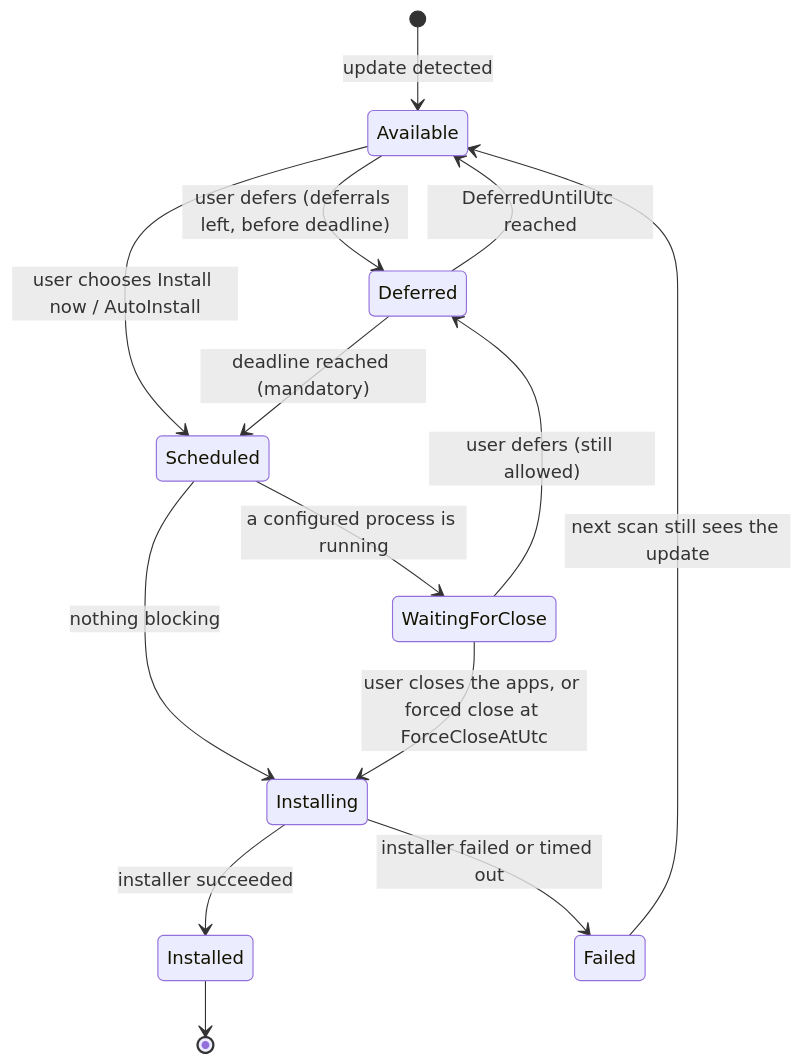
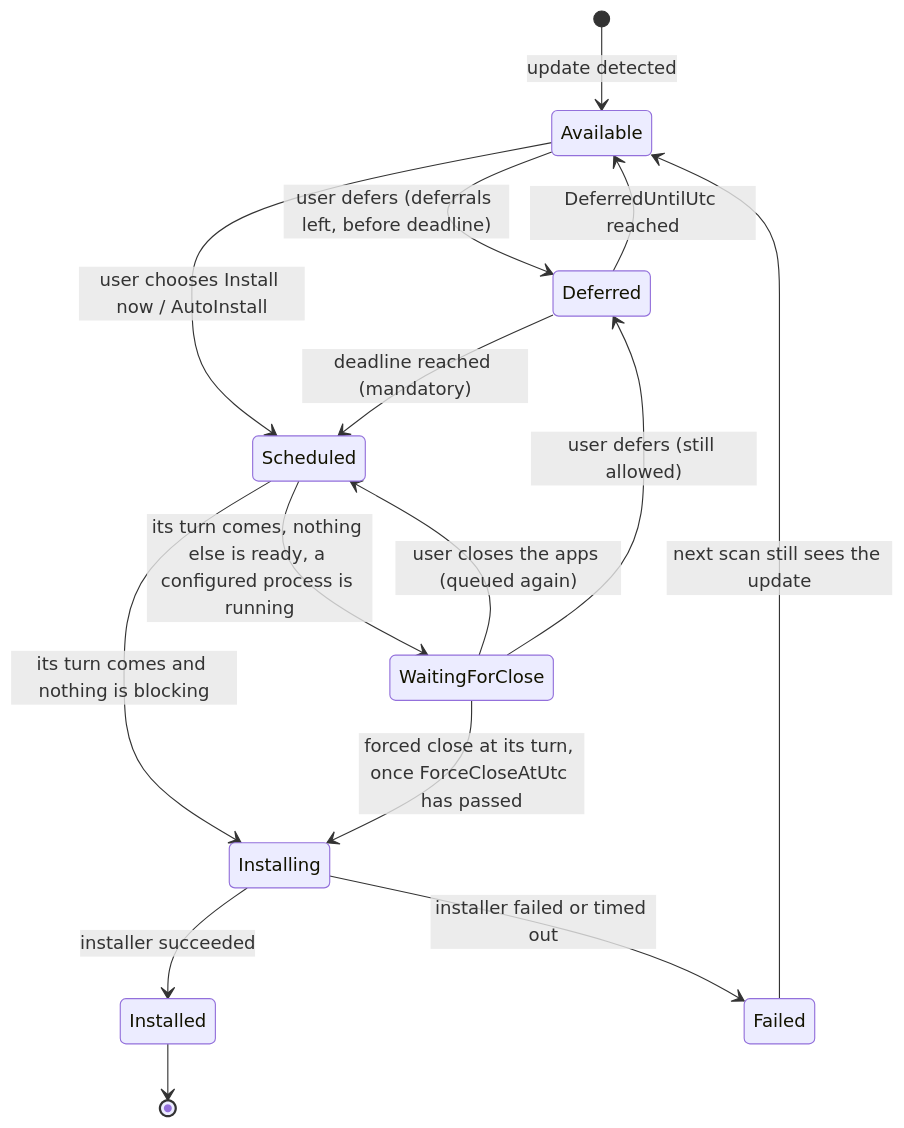
One commit to woodyard/AppMonitor changed the fifth of 5 diagrams in docs/Architecture.md. Above: the diagram before and after it, drawn with Mermaid. The commit also changed other lines of this file and 4 other files, not shown here.

````diff
--- a/docs/Architecture.md
+++ b/docs/Architecture.md
@@ -266,16 +266,17 @@
 ```mermaid
 stateDiagram-v2
     [*] --> Available: update detected
     Available --> Deferred: user defers (deferrals left, before deadline)
     Deferred --> Available: DeferredUntilUtc reached
     Available --> Scheduled: user chooses Install now / AutoInstall
     Deferred --> Scheduled: deadline reached (mandatory)
-    Scheduled --> WaitingForClose: a configured process is running
-    Scheduled --> Installing: nothing blocking
-    WaitingForClose --> Installing: user closes the apps, or forced close at ForceCloseAtUtc
+    Scheduled --> WaitingForClose: its turn comes, nothing else is ready, a configured process is running
+    Scheduled --> Installing: its turn comes and nothing is blocking
+    WaitingForClose --> Scheduled: user closes the apps (queued again)
+    WaitingForClose --> Installing: forced close at its turn, once ForceCloseAtUtc has passed
     WaitingForClose --> Deferred: user defers (still allowed)
     Installing --> Installed: installer succeeded
     Installing --> Failed: installer failed or timed out
     Failed --> Available: next scan still sees the update
     Installed --> [*]
 ```
````
